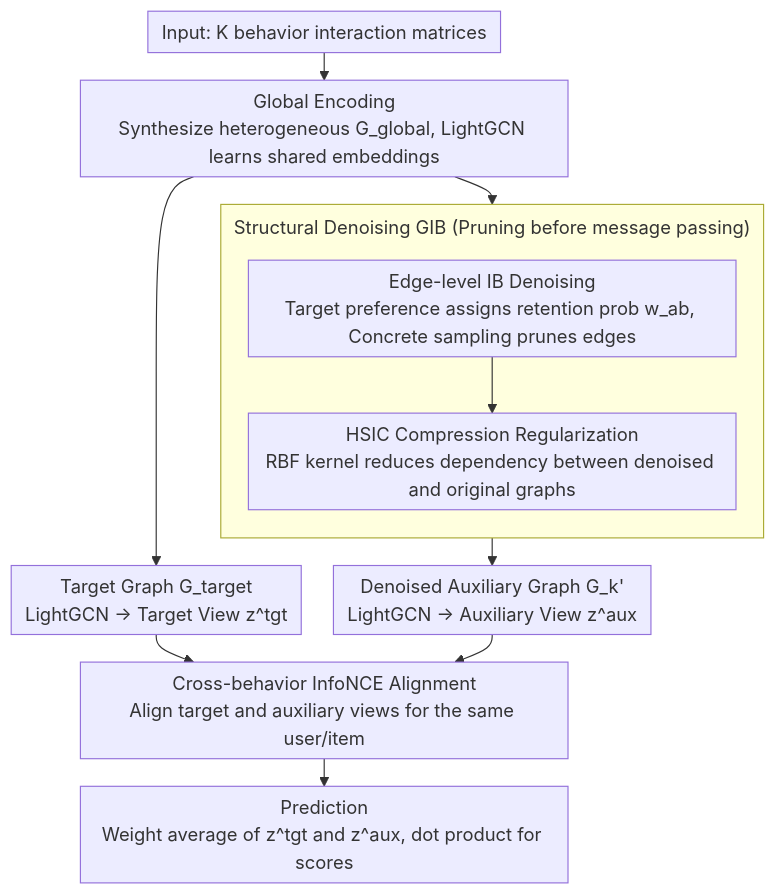
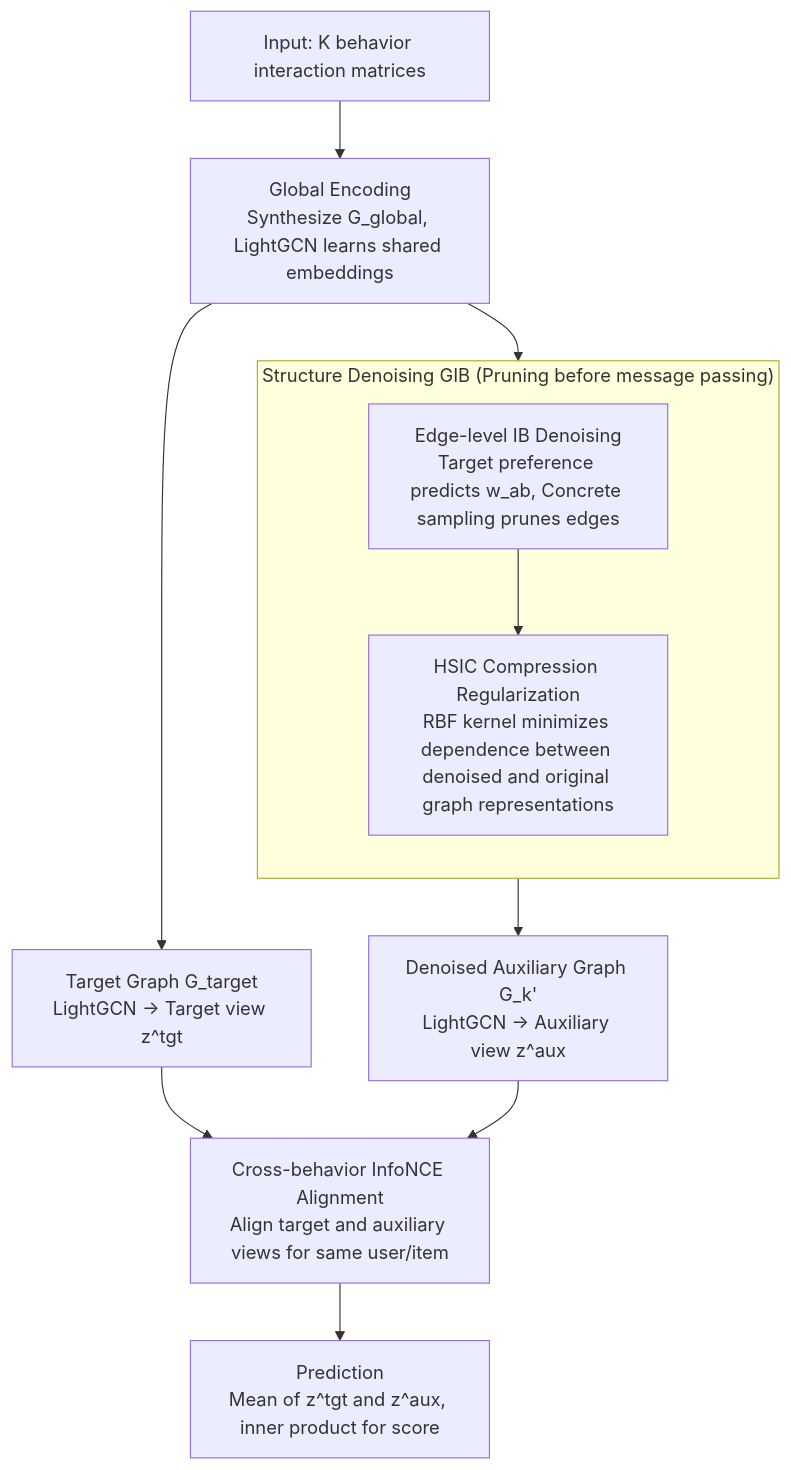
One commit to zhaoyang97/Paper-Notes-en changed the diagram in docs/ICML2026/recommender/gcib_graph_contrastive_information_bottleneck_for_multi-behavior_recommendation.md. Above: the diagram before and after it, drawn with Mermaid. The commit also changed other lines of this file and 5084 other files, not shown here.

````diff
--- a/docs/ICML2026/recommender/gcib_graph_contrastive_information_bottleneck_for_multi-behavior_recommendation.md
+++ b/docs/ICML2026/recommender/gcib_graph_contrastive_information_bottleneck_for_multi-behavior_recommendation.md
@@ -51,15 +51,14 @@
 ```mermaid
-%%{init: {'flowchart': {'rankSpacing': 24, 'nodeSpacing': 28, 'padding': 6, 'wrappingWidth': 400, 'subGraphTitleMargin': {'top': 8, 'bottom': 16}}}}%%
-flowchart TD
-    A["Input: K behavior interaction matrices"] --> B["Global Encoding<br/>Synthesize heterogeneous G_global, LightGCN learns shared embeddings"]
-    B --> T["Target Graph G_target<br/>LightGCN → Target View z^tgt"]
-    subgraph GIB["Structural Denoising GIB (Pruning before message passing)"]
+graph TD
+    A["Input: K behavior interaction matrices"] --> B["Global Encoding<br/>Synthesize G_global, LightGCN learns shared embeddings"]
+    B --> T["Target Graph G_target<br/>LightGCN → Target view z^tgt"]
+    subgraph GIB["Structure Denoising GIB (Pruning before message passing)"]
         direction TB
-        C["Edge-level IB Denoising<br/>Target preference assigns retention prob w_ab, Concrete sampling prunes edges"] --> D["HSIC Compression Regularization<br/>RBF kernel reduces dependency between denoised and original graphs"]
+        C["Edge-level IB Denoising<br/>Target preference predicts w_ab, Concrete sampling prunes edges"] --> D["HSIC Compression Regularization<br/>RBF kernel minimizes dependence between denoised and original graph representations"]
     end
     B --> GIB
-    GIB --> AU["Denoised Auxiliary Graph G_k'<br/>LightGCN → Auxiliary View z^aux"]
-    T --> CL["Cross-behavior InfoNCE Alignment<br/>Align target and auxiliary views for the same user/item"]
+    GIB --> AU["Denoised Auxiliary Graph G_k'<br/>LightGCN → Auxiliary view z^aux"]
+    T --> CL["Cross-behavior InfoNCE Alignment<br/>Align target and auxiliary views for same user/item"]
     AU --> CL
-    CL --> P["Prediction<br/>Weight average of z^tgt and z^aux, dot product for scores"]
+    CL --> P["Prediction<br/>Mean of z^tgt and z^aux, inner product for score"]
 ```
````
